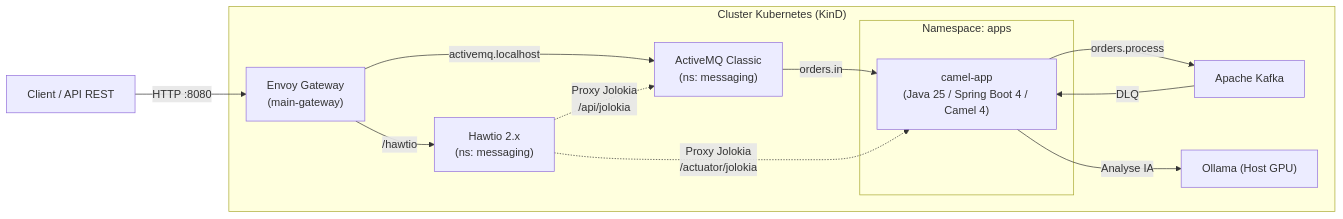
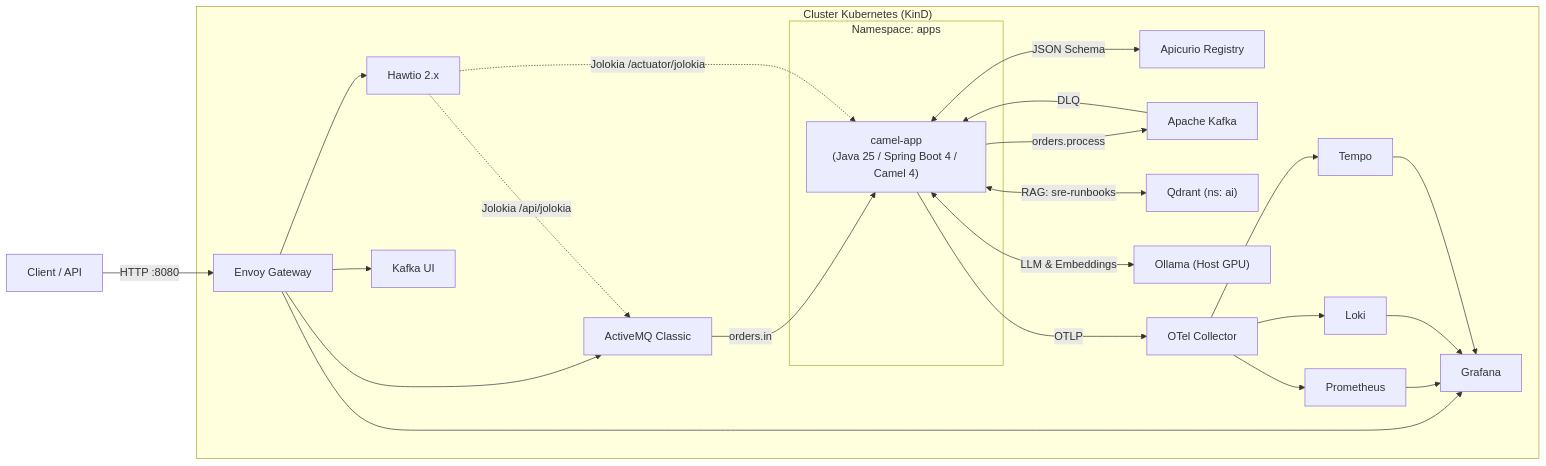
One commit to Kvolte-dev/camel-cloud-native changed the diagram in README.md. Above: the diagram before and after it, drawn with Mermaid. The commit also changed other lines of this file, not shown here.

````diff
--- a/README.md
+++ b/README.md
@@ -19,20 +21,31 @@
 ```mermaid
 flowchart LR
-    Client["Client / API REST"] -->|HTTP :8080| Envoy["Envoy Gateway\n(main-gateway)"]
+    Client["Client / API"] -->|HTTP :8080| Envoy["Envoy Gateway"]
 
     subgraph K8s["Cluster Kubernetes (KinD)"]
-        Envoy -->|/hawtio| Hawtio["Hawtio 2.x\n(ns: messaging)"]
-        Envoy -->|activemq.localhost| AMQ["ActiveMQ Classic\n(ns: messaging)"]
+        Envoy --> Hawtio["Hawtio 2.x"]
+        Envoy --> AMQ["ActiveMQ Classic"]
+        Envoy --> KafkaUI["Kafka UI"]
+        Envoy --> Grafana["Grafana"]
 
         subgraph Apps["Namespace: apps"]
             Camel["camel-app\n(Java 25 / Spring Boot 4 / Camel 4)"]
         end
 
         AMQ -->|"orders.in"| Camel
+        Camel <-->|"JSON Schema"| Apicurio["Apicurio Registry"]
         Camel -->|"orders.process"| Kafka["Apache Kafka"]
         Kafka -->|"DLQ"| Camel
-        Camel -->|"Analyse IA"| Ollama["Ollama (Host GPU)"]
-        Hawtio -.->|"Proxy Jolokia\n/api/jolokia"| AMQ
-        Hawtio -.->|"Proxy Jolokia\n/actuator/jolokia"| Camel
+        Camel <-->|"RAG: sre-runbooks"| Qdrant["Qdrant (ns: ai)"]
+        Camel <-->|"LLM & Embeddings"| Ollama["Ollama (Host GPU)"]
+
+        Camel -->|"OTLP"| OTel["OTel Collector"]
+        OTel --> Prom["Prometheus"]
+        OTel --> Loki["Loki"]
+        OTel --> Tempo["Tempo"]
+        Prom & Loki & Tempo --> Grafana
+
+        Hawtio -.->|"Jolokia /api/jolokia"| AMQ
+        Hawtio -.->|"Jolokia /actuator/jolokia"| Camel
     end
 ```
````
